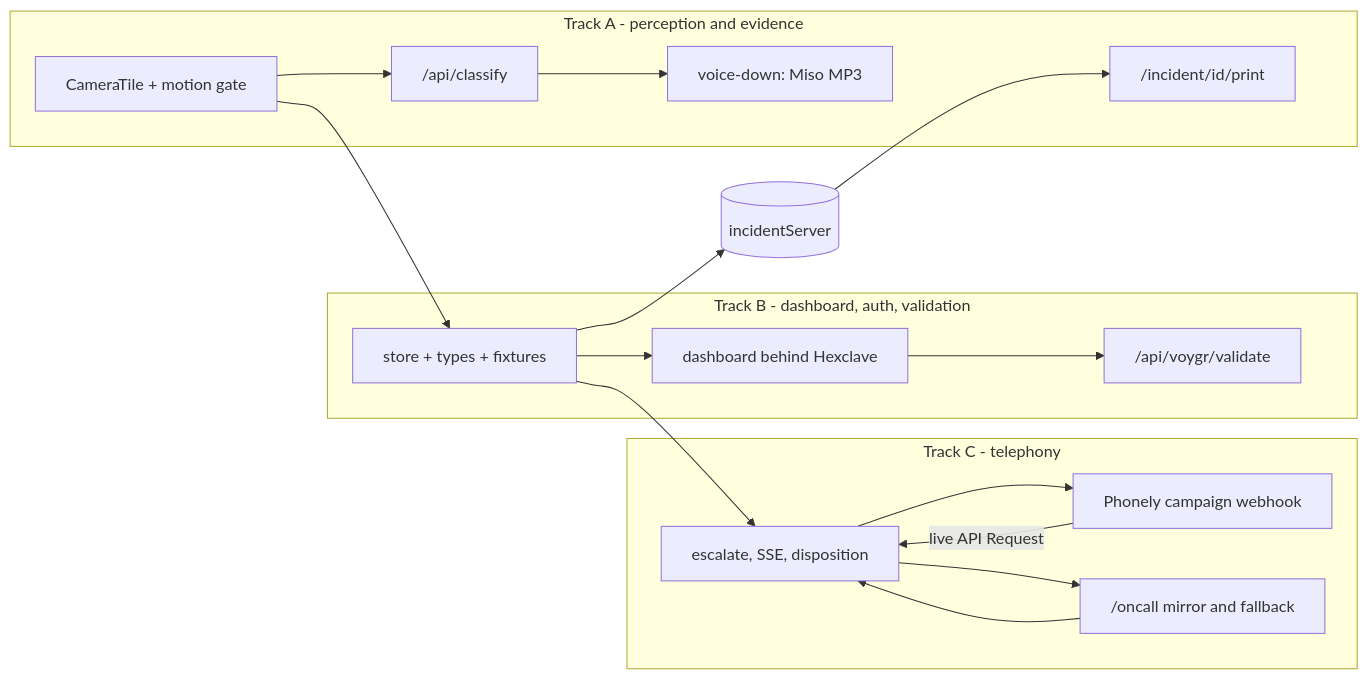
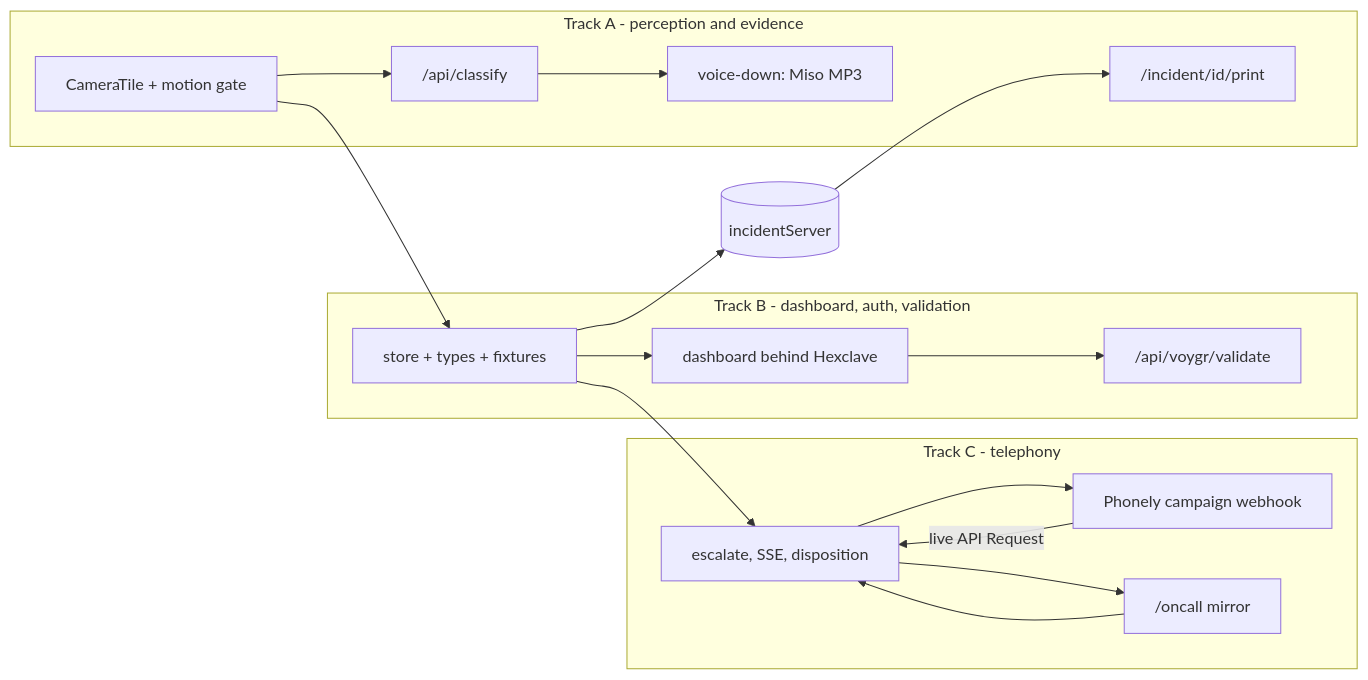
The diagram in .cursor/plans/warden_three-track_split_8a91a1d2.plan.md (itsskofficial/compiled-11-hackathon), drawn with Mermaid before and after one commit. The commit also changed other lines of this file and 58 other files, not shown here.

````diff
--- a/.cursor/plans/warden_three-track_split_8a91a1d2.plan.md
+++ b/.cursor/plans/warden_three-track_split_8a91a1d2.plan.md
@@ -169,29 +195,29 @@
 ```mermaid
 flowchart LR
   subgraph trackA [Track A - perception and evidence]
     Camera[CameraTile + motion gate] --> Classify["/api/classify"]
     Classify --> Voice["voice-down: Miso MP3"]
     Print["/incident/id/print"]
   end
   subgraph trackB [Track B - dashboard, auth, validation]
     Store[store + types + fixtures]
     Screen[dashboard behind Hexclave]
     Voygr["/api/voygr/validate"]
   end
   subgraph trackC [Track C - telephony]
     Routes[escalate, SSE, disposition]
     Phonely[Phonely campaign webhook]
-    OnCall["/oncall mirror and fallback"]
+    OnCall["/oncall mirror"]
   end
   Server[(incidentServer)]
   Camera --> Store
   Store --> Screen
   Store --> Routes
   Routes --> Phonely
   Phonely -->|"live API Request"| Routes
   Routes --> OnCall
   OnCall --> Routes
   Store --> Server
   Server --> Print
   Screen --> Voygr
 ```
````
